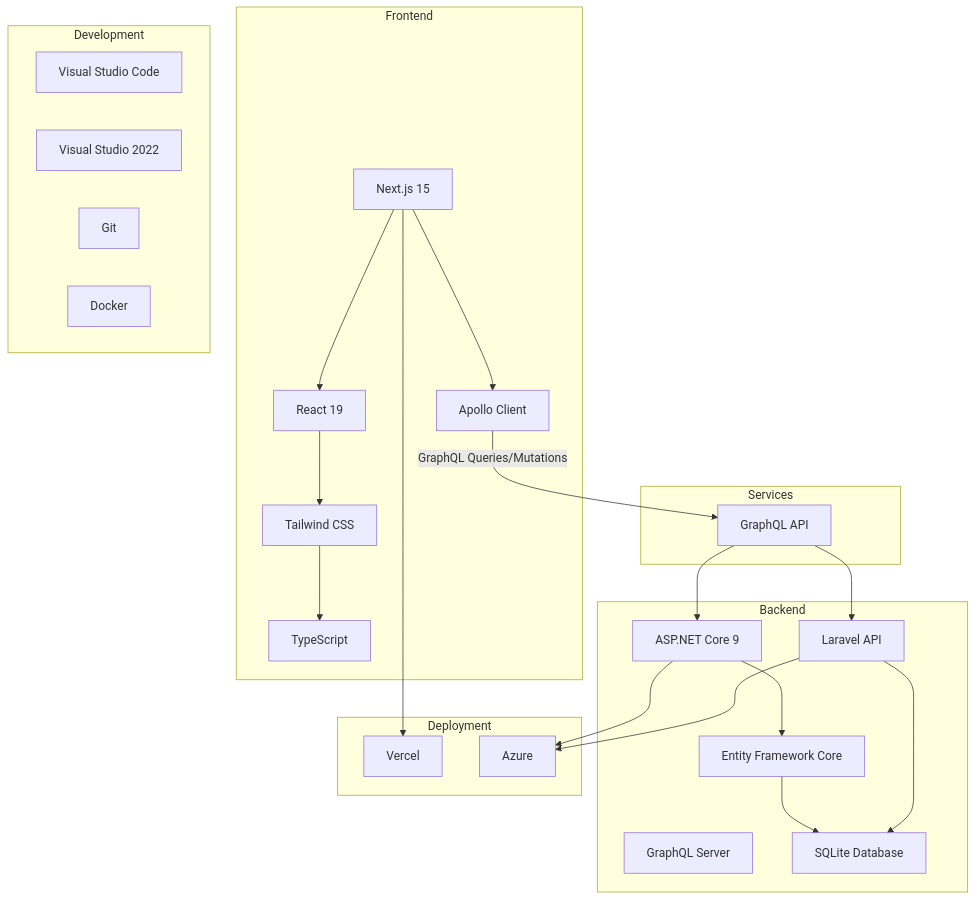
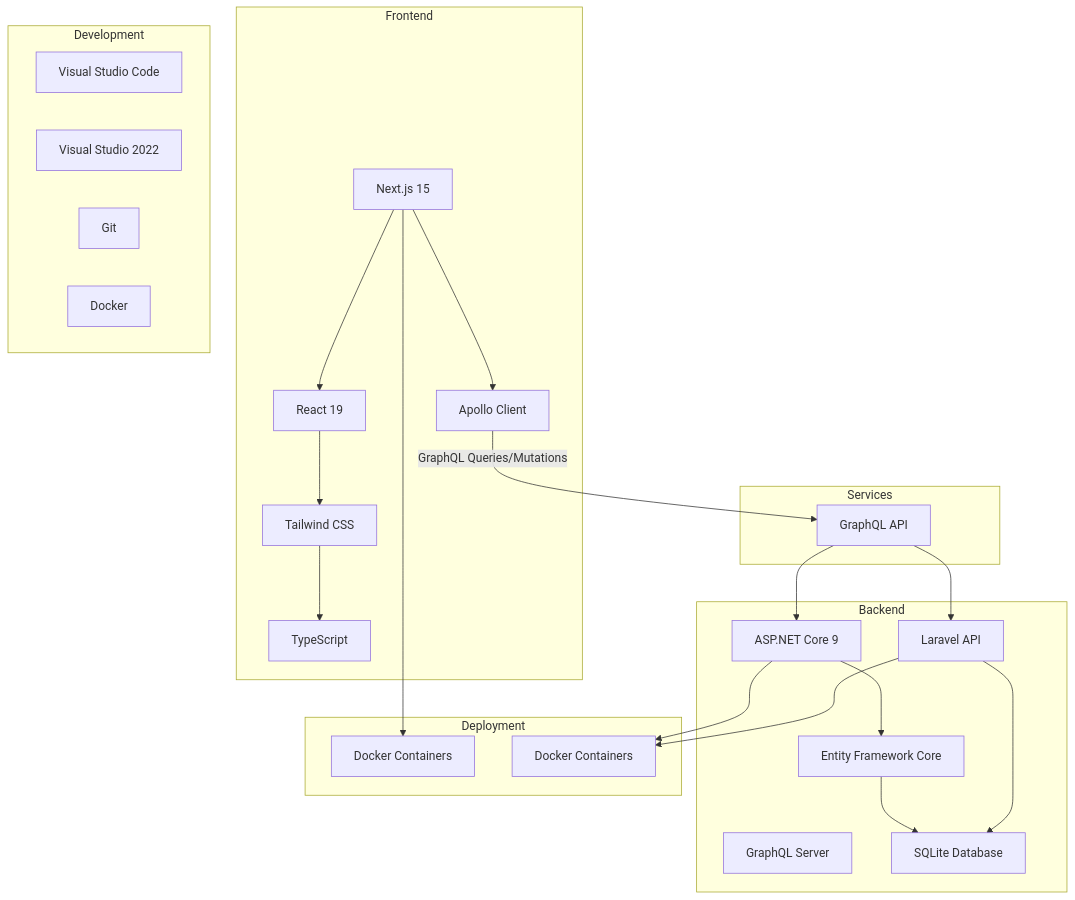
One commit to ErikVeland/dotNETQuiz changed the diagram in dot-net-quiz/TECH_STACK.md. Above: the diagram before and after it, drawn with Mermaid. The commit also changed other lines of this file and 39 other files, not shown here.

````diff
--- a/dot-net-quiz/TECH_STACK.md
+++ b/dot-net-quiz/TECH_STACK.md
@@ -7,44 +7,44 @@
 ```mermaid
 graph TB
     subgraph Frontend
         A[Next.js 15] --> B[React 19]
         B --> C[Tailwind CSS]
         C --> D[TypeScript]
         A --> E[Apollo Client]
     end
 
     subgraph Backend
         F[ASP.NET Core 9]
         G[Entity Framework Core]
         H[GraphQL Server]
         I[Laravel API]
         J[SQLite Database]
     end
 
     subgraph Services
         K[GraphQL API]
     end
 
     E -- GraphQL Queries/Mutations --> K
     K --> F
     K --> I
     F --> G
     G --> J
     I --> J
 
     subgraph Development
         L[Visual Studio Code]
         M[Visual Studio 2022]
         N[Git]
         O[Docker]
     end
 
     subgraph Deployment
-        P[Vercel]
-        Q[Azure]
+        P[Docker Containers]
+        Q[Docker Containers]
     end
 
     A --> P
     F --> Q
     I --> Q
 ```
````
